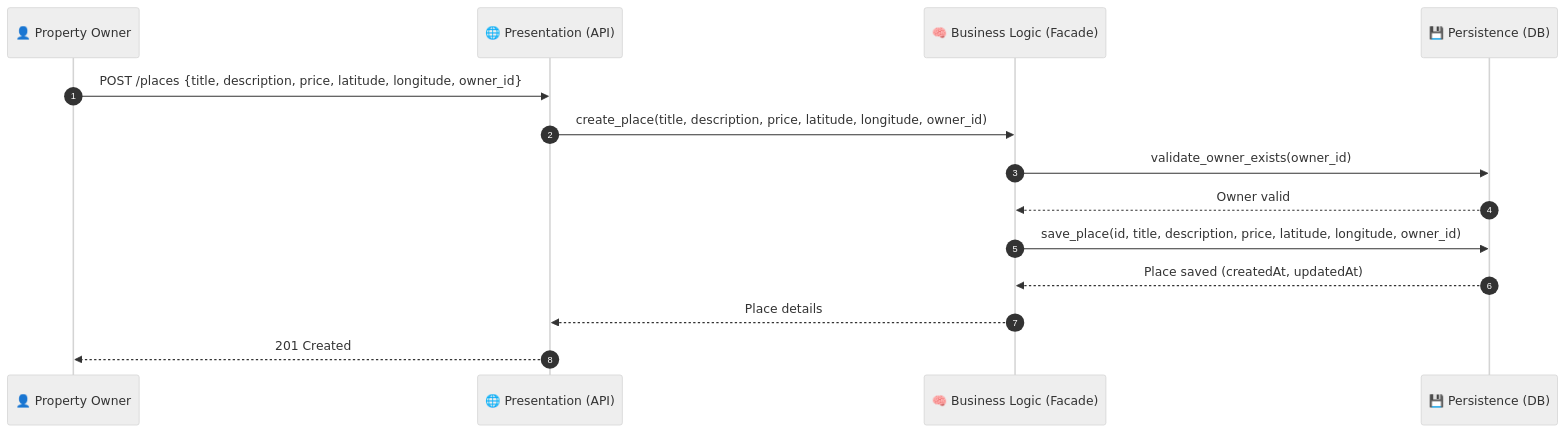
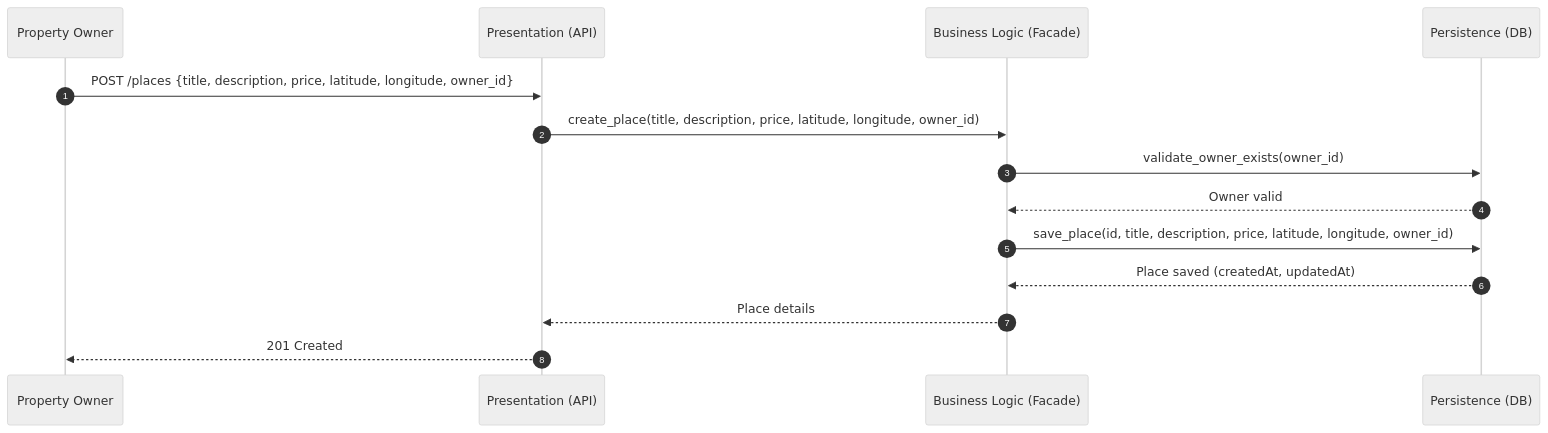
One commit to badriahalmalki/holbertonschool-hbnb changed the second of 4 diagrams in diagrams/sequence_diagrams.md. Above: the diagram before and after it, drawn with Mermaid (neutral theme). The commit also changed other lines of this file, not shown here.

Commit message:
Update on sequence_diagrams

````diff
--- a/diagrams/sequence_diagrams.md
+++ b/diagrams/sequence_diagrams.md
@@ -27,18 +27,18 @@
 ```mermaid
 sequenceDiagram
     autonumber
-    participant Owner as 👤 Property Owner
-    participant API as 🌐 Presentation (API)
-    participant BL as 🧠 Business Logic (Facade)
-    participant DB as 💾 Persistence (DB)
+    participant Owner as Property Owner
+    participant API as Presentation (API)
+    participant BL as  Business Logic (Facade)
+    participant DB as  Persistence (DB)
 
     Owner->>API: POST /places {title, description, price, latitude, longitude, owner_id}
     API->>BL: create_place(title, description, price, latitude, longitude, owner_id)
     BL->>DB: validate_owner_exists(owner_id)
     DB-->>BL: Owner valid
     BL->>DB: save_place(id, title, description, price, latitude, longitude, owner_id)
     DB-->>BL: Place saved (createdAt, updatedAt)
     BL-->>API: Place details
     API-->>Owner: 201 Created
 
 ```
````
